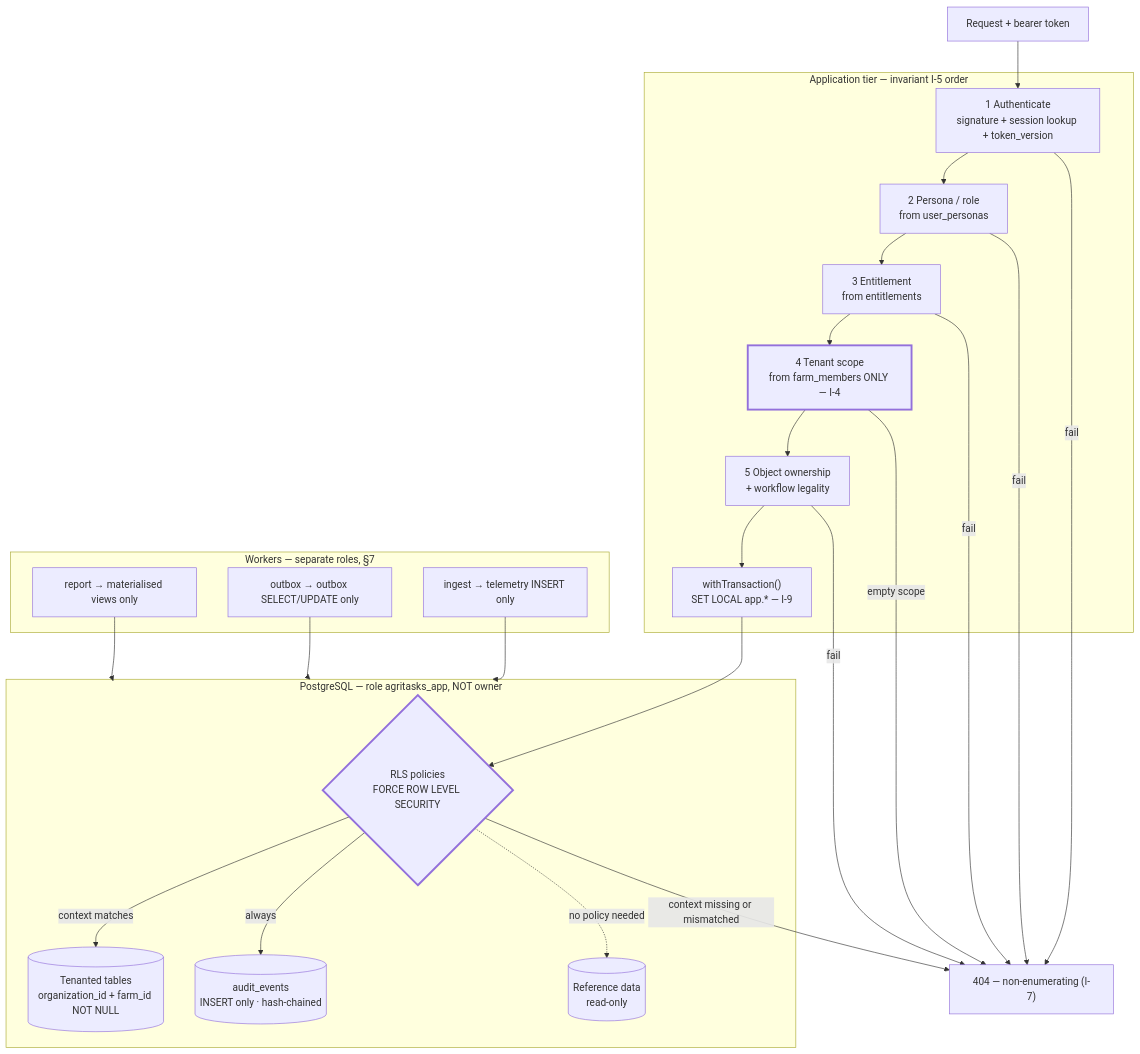
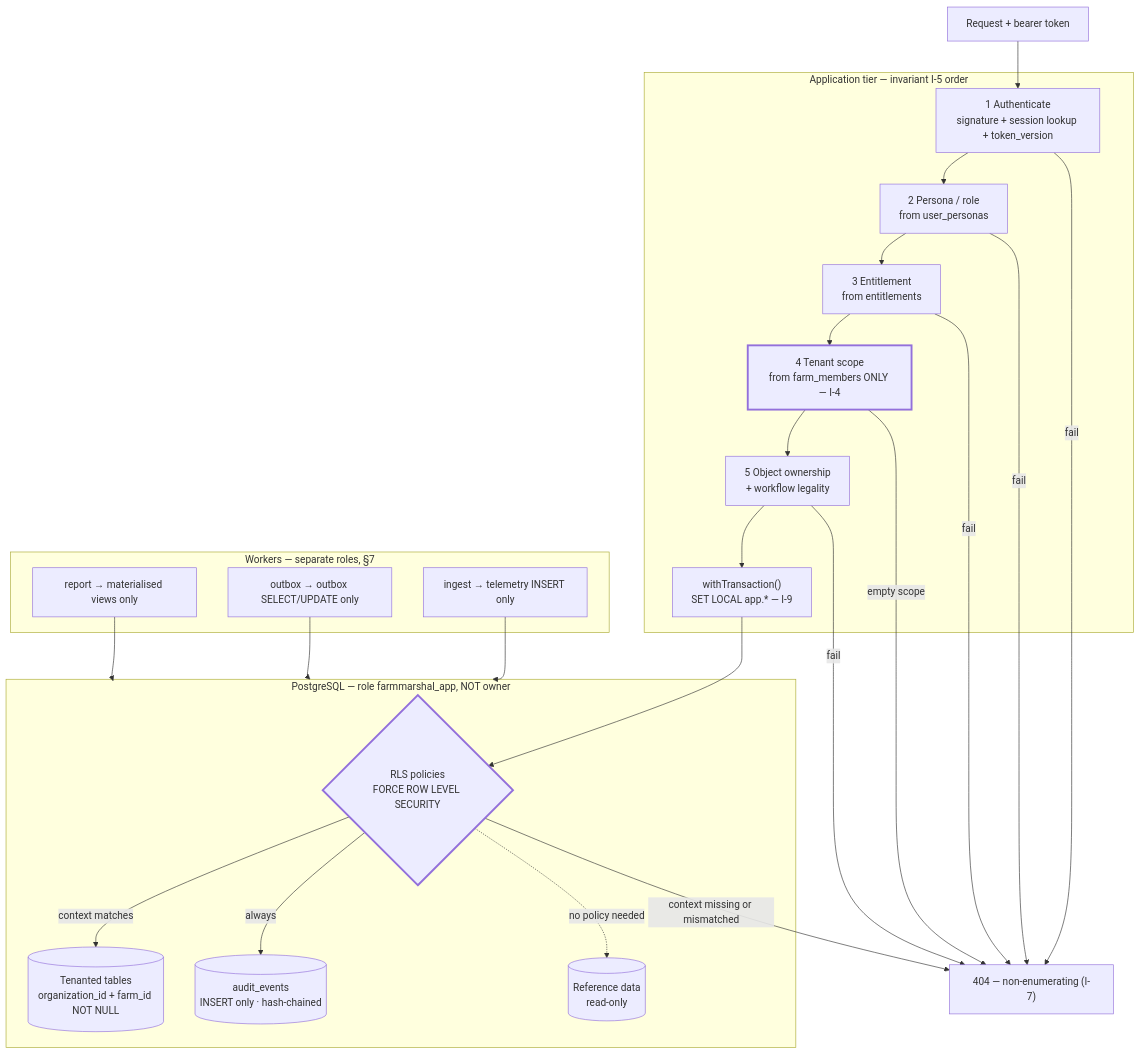
Before and after one commit to AhmedRefaat/FarmMarshal: the diagram in specs/POSTGRESQL_SECURITY_MODEL.md, drawn with Mermaid. The commit also changed other lines of this file and 64 other files, not shown here.

````diff
--- a/specs/POSTGRESQL_SECURITY_MODEL.md
+++ b/specs/POSTGRESQL_SECURITY_MODEL.md
@@ -399,46 +399,46 @@
 ```mermaid
 flowchart TB
     REQ["Request + bearer token"]
 
     subgraph app["Application tier — invariant I-5 order"]
         A1["1 Authenticate<br/>signature + session lookup + token_version"]
         A2["2 Persona / role<br/>from user_personas"]
         A3["3 Entitlement<br/>from entitlements"]
         A4["4 Tenant scope<br/>from farm_members ONLY — I-4"]
         A5["5 Object ownership<br/>+ workflow legality"]
         TX["withTransaction()<br/>SET LOCAL app.* — I-9"]
     end
 
-    subgraph db["PostgreSQL — role agritasks_app, NOT owner"]
+    subgraph db["PostgreSQL — role farmmarshal_app, NOT owner"]
         RLS{"RLS policies<br/>FORCE ROW LEVEL SECURITY"}
         T1[("Tenanted tables<br/>organization_id + farm_id NOT NULL")]
         T2[("audit_events<br/>INSERT only · hash-chained")]
         T3[("Reference data<br/>read-only")]
     end
 
     DENY["404 — non-enumerating (I-7)"]
 
     REQ --> A1
     A1 -- fail --> DENY
     A1 --> A2 -- fail --> DENY
     A2 --> A3 -- fail --> DENY
     A3 --> A4 -- "empty scope" --> DENY
     A4 --> A5 -- fail --> DENY
     A5 --> TX --> RLS
     RLS -- "context matches" --> T1
     RLS -- "always" --> T2
     RLS -. "no policy needed" .-> T3
     RLS -- "context missing or mismatched" --> DENY
 
     subgraph workers["Workers — separate roles, §7"]
         W1["ingest → telemetry INSERT only"]
         W2["outbox → outbox SELECT/UPDATE only"]
         W3["report → materialised views only"]
     end
     W1 --> db
     W2 --> db
     W3 --> db
 
     style RLS stroke-width:3px
     style A4 stroke-width:3px
 ```
````
